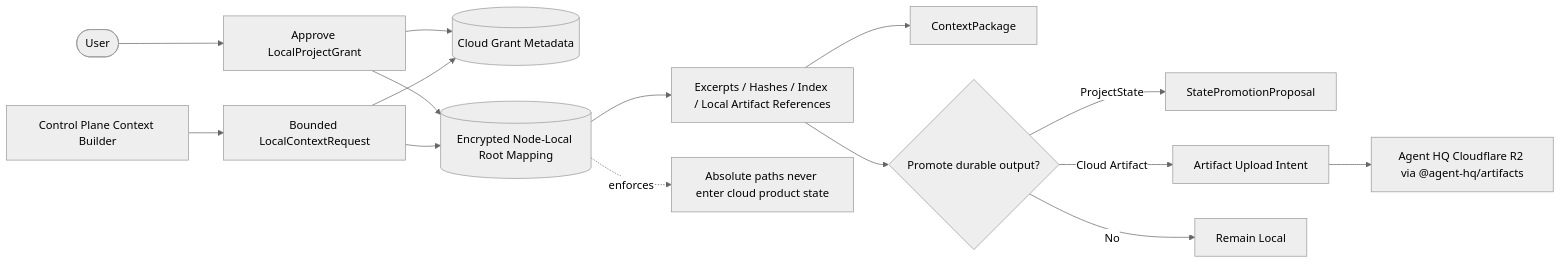
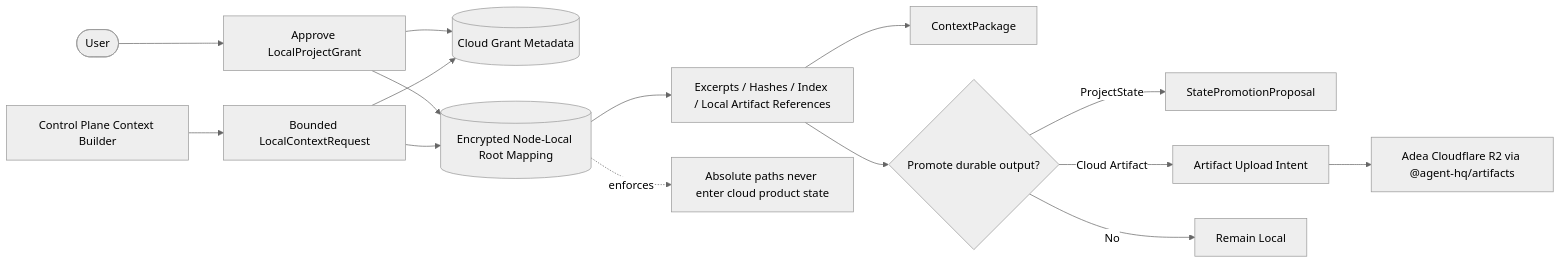
One commit to adea-ai/adea changed diagram 16 of 18 in docs/architecture/diagram-sources.md. Above: the diagram before and after it, drawn with Mermaid (neutral theme). The commit also changed other lines of this file and 72 other files, not shown here.

Commit message:
chore(brand): rename user-visible Agent HQ strings to Adea (#257)

````diff
--- a/docs/architecture/diagram-sources.md
+++ b/docs/architecture/diagram-sources.md
@@ -554,18 +554,18 @@
 ```mermaid
 flowchart LR
     U([User]) --> G[Approve LocalProjectGrant]
     G --> CM[(Cloud Grant Metadata)]
     G --> NM[(Encrypted Node-Local Root Mapping)]
     CP[Control Plane Context Builder] --> R[Bounded LocalContextRequest]
     R --> CM
     R --> NM
     NM --> B[Excerpts / Hashes / Index / Local Artifact References]
     B --> C[ContextPackage]
     B --> D{Promote durable output?}
     D -->|ProjectState| P[StatePromotionProposal]
     D -->|Cloud Artifact| A[Artifact Upload Intent]
     D -->|No| L[Remain Local]
-    A --> V[Agent HQ Cloudflare R2 via @agent-hq/artifacts]
+    A --> V[Adea Cloudflare R2 via @agent-hq/artifacts]
     Note[Absolute paths never enter cloud product state]
     NM -. enforces .-> Note
 ```
````
